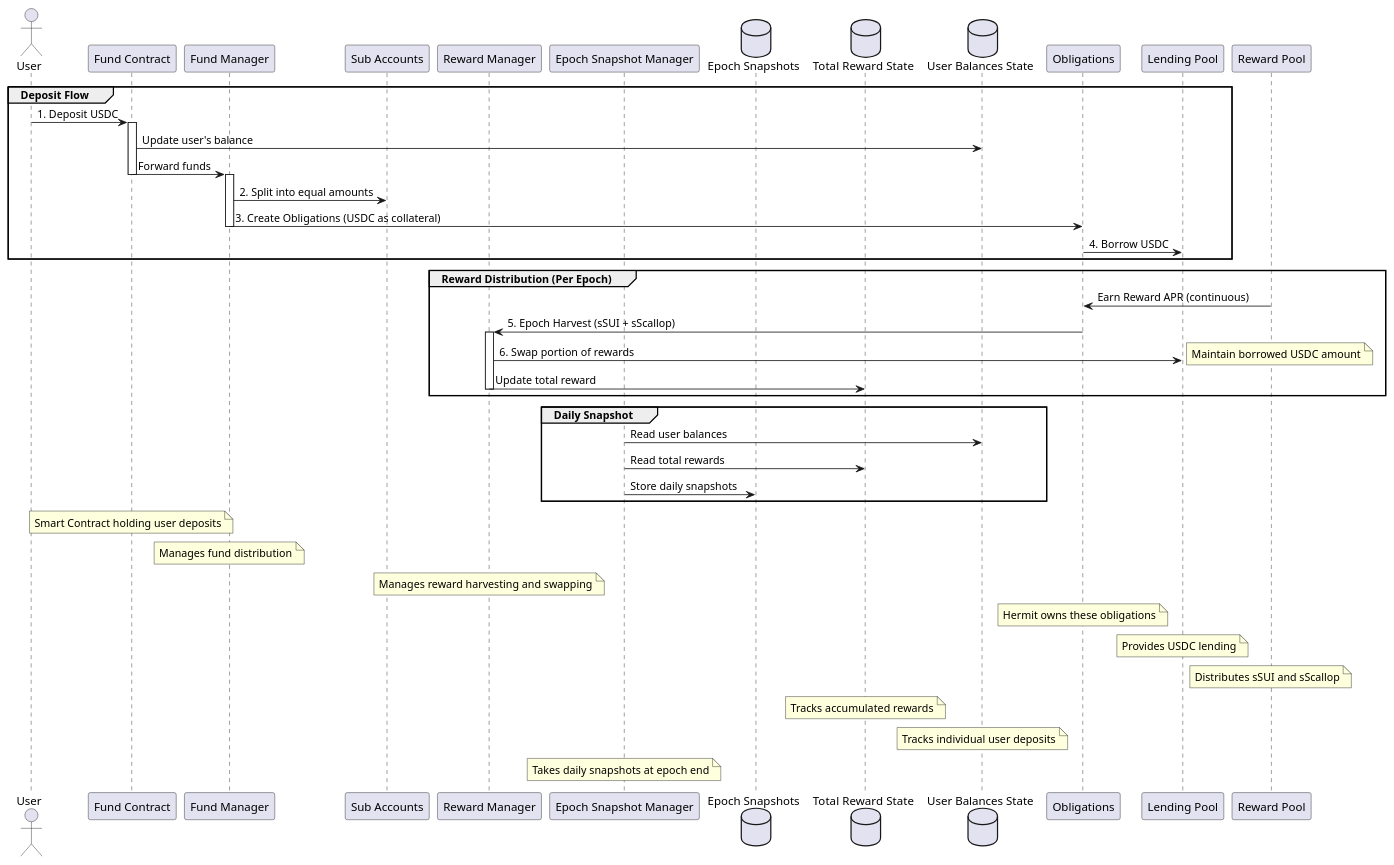
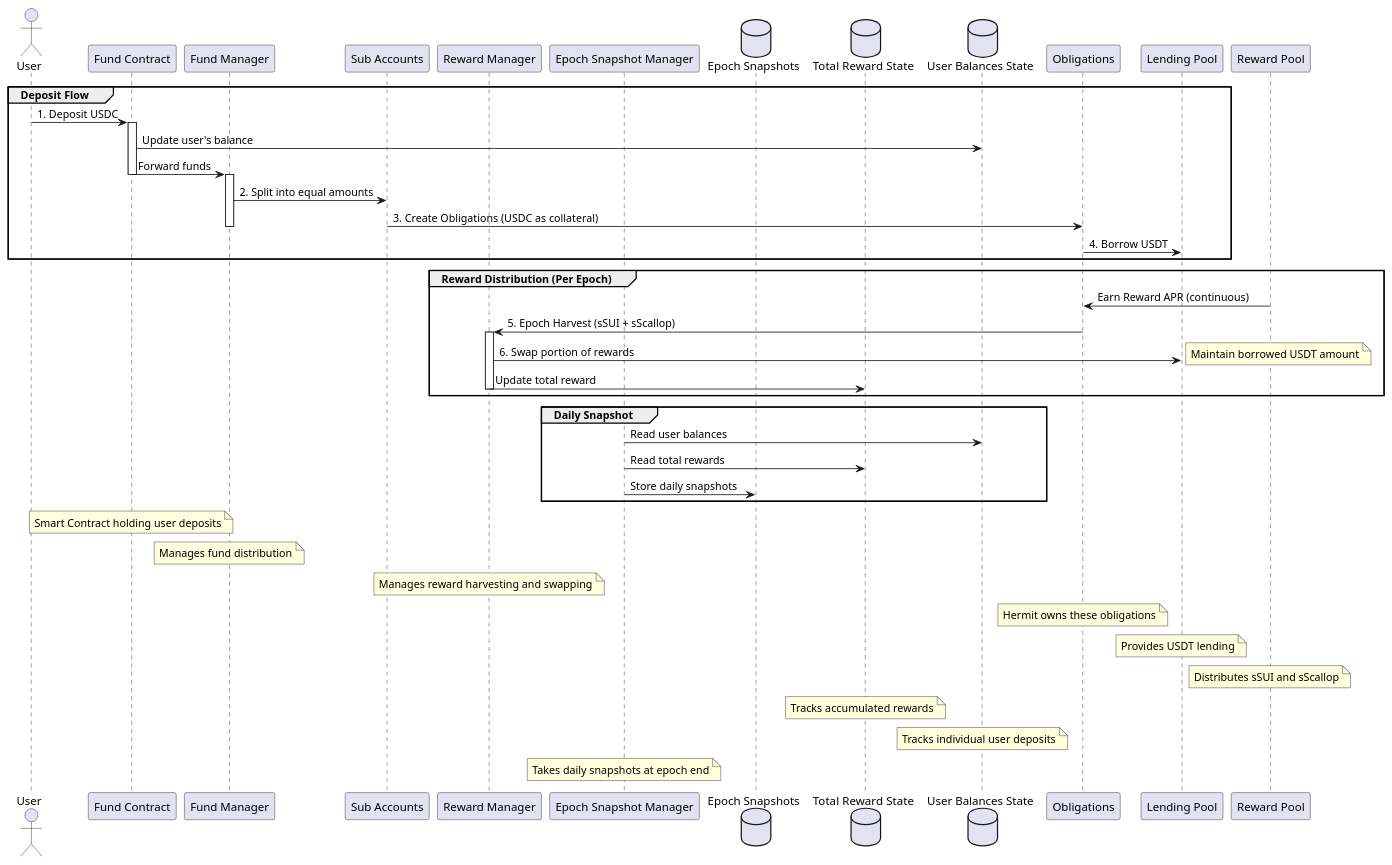
One commit to nierdna/hermit-diagrams changed the diagram in deposit_flow_sequence.wsd. Above: the diagram before and after it, drawn with PlantUML. The commit also changed 1 other file, not shown here.

Commit message:
Update deposit and withdrawal flow diagrams to use USDT instead of USDC
Modify sequence diagrams to:
- Replace USDC references with USDT in lending pool interactions
- Update notes and flow steps to reflect USDT as the primary stablecoin
- Maintain consistent system component interactions

```diff
--- a/deposit_flow_sequence.wsd
+++ b/deposit_flow_sequence.wsd
@@ -1,75 +1,75 @@
 @startuml Hermit Deposit Flow Sequence
 
 ' Define participants
 actor User
 participant "Fund Contract" as Fund
 participant "Fund Manager" as FundManager
 participant "Sub Accounts" as SubAccounts
 participant "Reward Manager" as RewardManager
 participant "Epoch Snapshot Manager" as SnapshotManager
 database "Epoch Snapshots" as EpochSnapshots
 database "Total Reward State" as TotalReward
 database "User Balances State" as UserBalances
 participant "Obligations" as Obligations
 participant "Lending Pool" as LendingPool
 participant "Reward Pool" as RewardPool
 
 ' Style
 skinparam sequence {
     ParticipantBackgroundColor LightBlue
     ActorBackgroundColor LightGreen
     DatabaseBackgroundColor LightPink
     LifeLineColor Gray
     BorderColor Black
 }
 
 ' Initial Deposit Flow
 group Deposit Flow
     User -> Fund: 1. Deposit USDC
     activate Fund
     
     Fund -> UserBalances: Update user's balance
     Fund -> FundManager: Forward funds
     deactivate Fund
     
     activate FundManager
     FundManager -> SubAccounts: 2. Split into equal amounts
-    FundManager -> Obligations: 3. Create Obligations (USDC as collateral)
+    SubAccounts -> Obligations: 3. Create Obligations (USDC as collateral)
     deactivate FundManager
     
-    Obligations -> LendingPool: 4. Borrow USDC
+    Obligations -> LendingPool: 4. Borrow USDT
 end
 
 ' Reward Flow
 group Reward Distribution (Per Epoch)
     RewardPool -> Obligations: Earn Reward APR (continuous)
     
     Obligations -> RewardManager: 5. Epoch Harvest (sSUI + sScallop)
     activate RewardManager
     
     RewardManager -> LendingPool: 6. Swap portion of rewards
-    note right: Maintain borrowed USDC amount
+    note right: Maintain borrowed USDT amount
     
     RewardManager -> TotalReward: Update total reward
     deactivate RewardManager
 end
 
 ' Snapshot Flow
 group Daily Snapshot
     SnapshotManager -> UserBalances: Read user balances
     SnapshotManager -> TotalReward: Read total rewards
     SnapshotManager -> EpochSnapshots: Store daily snapshots
 end
 
 ' Add notes
 note over Fund: Smart Contract holding user deposits
 note over FundManager: Manages fund distribution
 note over RewardManager: Manages reward harvesting and swapping
 note over Obligations: Hermit owns these obligations
-note over LendingPool: Provides USDC lending
+note over LendingPool: Provides USDT lending
 note over RewardPool: Distributes sSUI and sScallop
 note over TotalReward: Tracks accumulated rewards
 note over UserBalances: Tracks individual user deposits
 note over SnapshotManager: Takes daily snapshots at epoch end
 
 @enduml 
```
